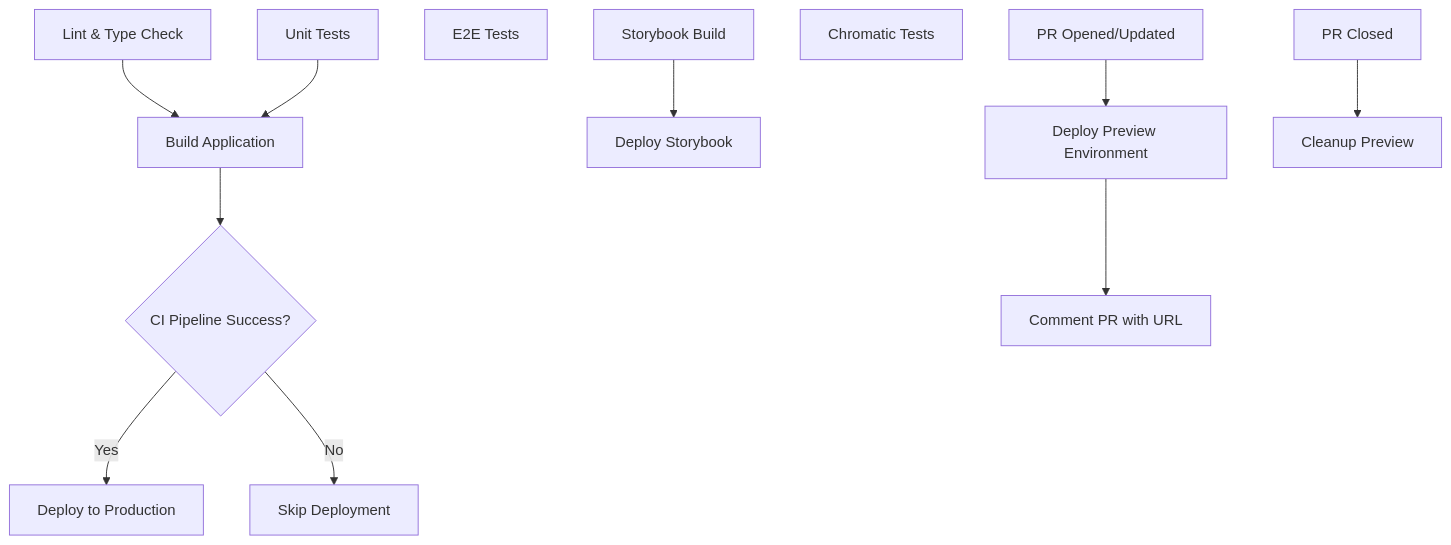
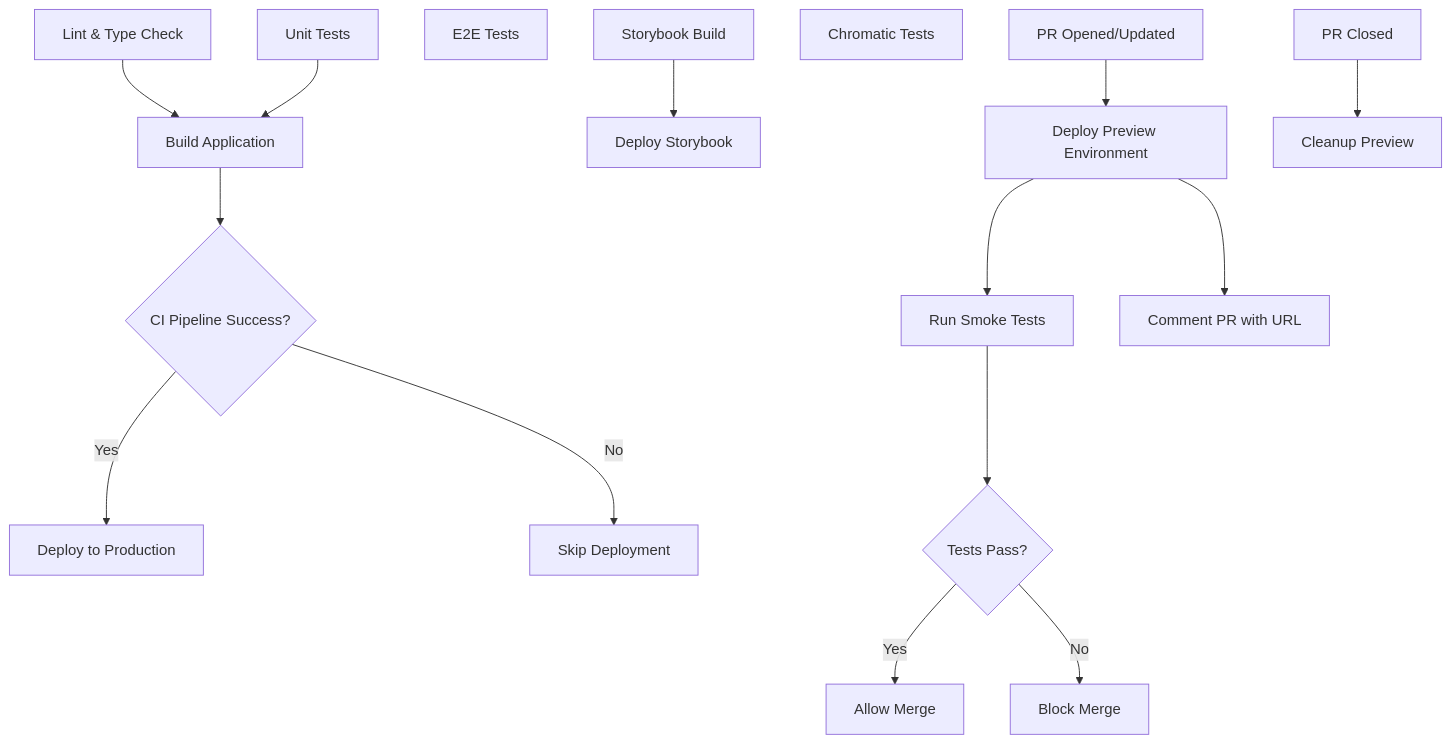
The diagram in docs/CI-CD.md (Krosebrook/pixel-perfect), drawn with Mermaid before and after one commit. The commit also changed other lines of this file and 3 other files, not shown here.

````diff
--- a/docs/CI-CD.md
+++ b/docs/CI-CD.md
@@ -122,14 +157,18 @@
 ```mermaid
 graph TD
     A[Lint & Type Check] --> D[Build Application]
     B[Unit Tests] --> D
     C[E2E Tests]
     D --> H{CI Pipeline Success?}
     H -->|Yes| E[Deploy to Production]
     H -->|No| I[Skip Deployment]
     F[Storybook Build] --> G[Deploy Storybook]
     J[Chromatic Tests]
     K[PR Opened/Updated] --> L[Deploy Preview Environment]
-    L --> M[Comment PR with URL]
+    L --> M[Run Smoke Tests]
+    M --> P{Tests Pass?}
+    P -->|Yes| Q[Allow Merge]
+    P -->|No| R[Block Merge]
+    L --> S[Comment PR with URL]
     N[PR Closed] --> O[Cleanup Preview]
 ```
````
